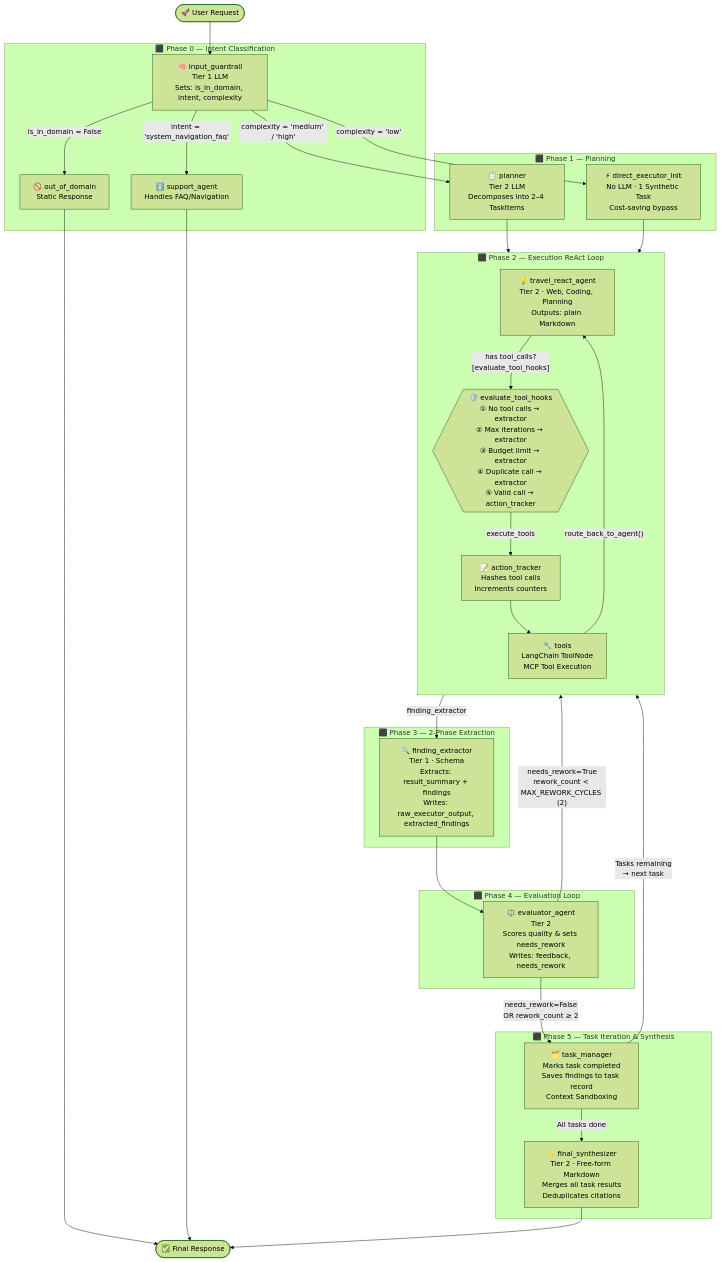
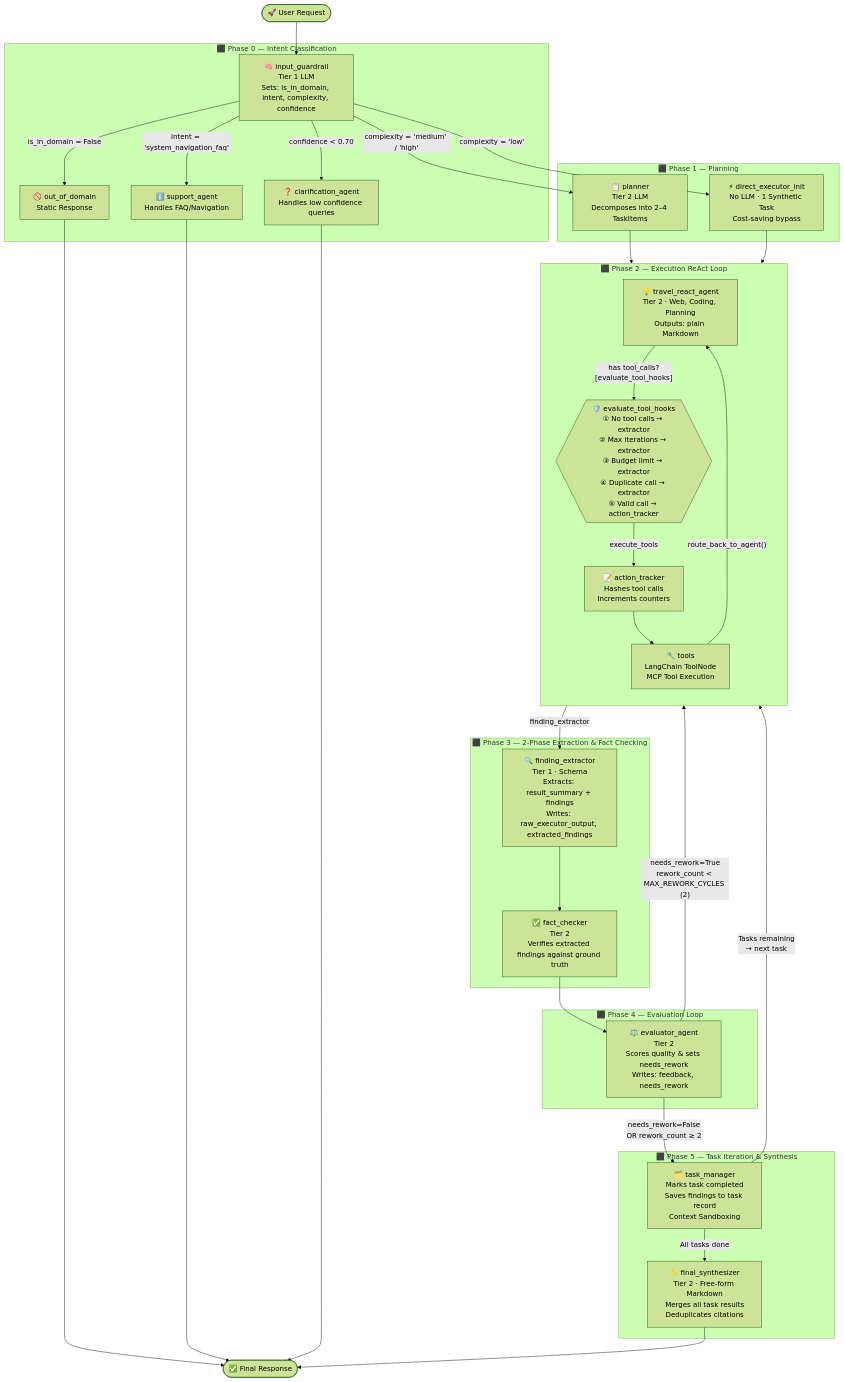
The diagram in agent/GRAPH_ARCHITECTURE.md (mminh007/travel-assistant-system), drawn with Mermaid (forest theme) before and after one commit. The commit also changed other lines of this file and 1 other file, not shown here.

````diff
--- a/agent/GRAPH_ARCHITECTURE.md
+++ b/agent/GRAPH_ARCHITECTURE.md
@@ -138,65 +152,70 @@
 ```mermaid
 flowchart TD
     START([" 🚀 User Request "]) --> IG
 
     subgraph PHASE0["⬛ Phase 0 — Intent Classification"]
-        IG["🧠 input_guardrail\nTier 1 LLM\nSets: is_in_domain, intent, complexity"]
+        IG["🧠 input_guardrail\nTier 1 LLM\nSets: is_in_domain, intent, complexity, confidence"]
         OOD["🚫 out_of_domain\nStatic Response"]
         SA["ℹ️ support_agent\nHandles FAQ/Navigation"]
+        CA["❓ clarification_agent\nHandles low confidence queries"]
     end
 
     IG -- "is_in_domain = False" --> OOD
+    IG -- "confidence < 0.70" --> CA
     IG -- "intent = 'system_navigation_faq'" --> SA
     IG -- "complexity = 'low'" --> DEI
     IG -- "complexity = 'medium' / 'high'" --> PL
 
     OOD --> END([" ✅ Final Response "])
     SA --> END
+    CA --> END
 
     subgraph PHASE1["⬛ Phase 1 — Planning"]
         PL["📋 planner\nTier 2 LLM\nDecomposes into 2–4 TaskItems"]
         DEI["⚡ direct_executor_init\nNo LLM · 1 Synthetic Task\nCost-saving bypass"]
     end
 
     PL --> GM
     DEI --> GM
 
     subgraph PHASE2["⬛ Phase 2 — Execution ReAct Loop"]
         direction TB
         GM["💡 travel_react_agent\nTier 2 · Web, Coding, Planning\nOutputs: plain Markdown"]
 
         AT["📝 action_tracker\nHashes tool calls\nIncrements counters"]
         TOOLS["🔧 tools\nLangChain ToolNode\nMCP Tool Execution"]
 
         GM -- "has tool_calls?\n[evaluate_tool_hooks]" --> HOOKS
         HOOKS{{"🛡️ evaluate_tool_hooks\n① No tool calls → extractor\n② Max iterations → extractor\n③ Budget limit → extractor\n④ Duplicate call → extractor\n⑤ Valid call → action_tracker"}}
         HOOKS -- "execute_tools" --> AT
         AT --> TOOLS
         TOOLS -- "route_back_to_agent()" --> GM
     end
 
     HOOKS -- "finding_extractor" --> FE
 
-    subgraph PHASE3["⬛ Phase 3 — 2-Phase Extraction"]
+    subgraph PHASE3["⬛ Phase 3 — 2-Phase Extraction & Fact Checking"]
         FE["🔍 finding_extractor\nTier 1 · Schema\nExtracts: result_summary + findings\nWrites: raw_executor_output, extracted_findings"]
+        FC["✅ fact_checker\nTier 2\nVerifies extracted findings against ground truth"]
     end
 
-    FE --> EA
+    FE --> FC
+    FC --> EA
 
     subgraph PHASE4["⬛ Phase 4 — Evaluation Loop"]
         EA["⚖️ evaluator_agent\nTier 2\nScores quality & sets needs_rework\nWrites: feedback, needs_rework"]
     end
 
     EA -- "needs_rework=True\nrework_count < MAX_REWORK_CYCLES (2)" --> GM
     EA -- "needs_rework=False\nOR rework_count ≥ 2" --> TM
 
     subgraph PHASE5["⬛ Phase 5 — Task Iteration & Synthesis"]
         TM["🗂️ task_manager\nMarks task completed\nSaves findings to task record\nContext Sandboxing"]
         FS["✨ final_synthesizer\nTier 2 · Free-form Markdown\nMerges all task results\nDeduplicates citations"]
     end
 
     TM -- "Tasks remaining\n→ next task" --> GM
     TM -- "All tasks done" --> FS
 
     FS --> END
 ```
````
